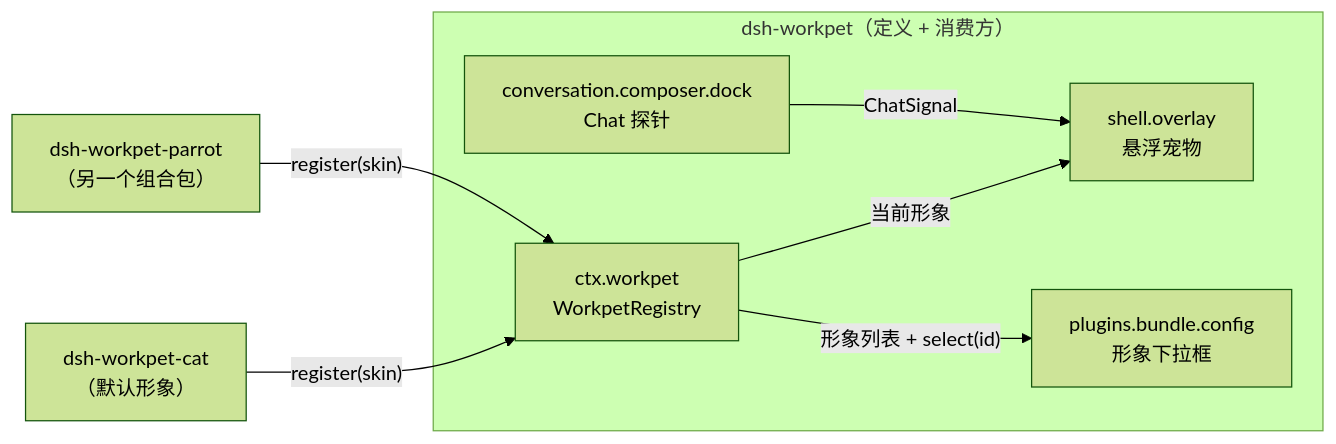
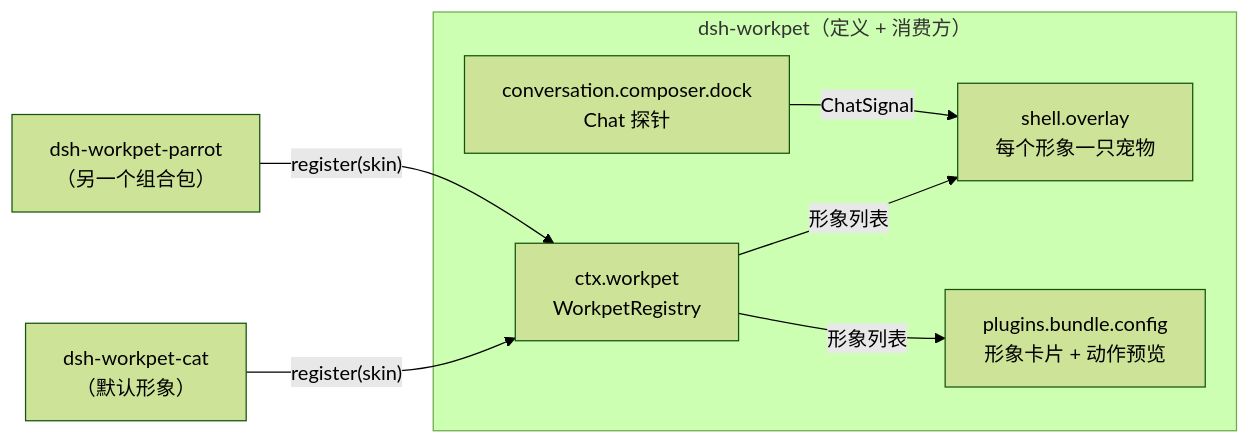
The diagram in docs/architecture.zh.md (lastorder/dsh-workpet), drawn with Mermaid (forest theme) before and after one commit. The commit also changed other lines of this file and 39 other files, not shown here.

````diff
--- a/docs/architecture.zh.md
+++ b/docs/architecture.zh.md
@@ -31,14 +31,14 @@
 ```mermaid
 flowchart LR
   subgraph def["dsh-workpet（定义 + 消费方）"]
     R["ctx.workpet<br/>WorkpetRegistry"]
-    O["shell.overlay<br/>悬浮宠物"]
+    O["shell.overlay<br/>每个形象一只宠物"]
     PR["conversation.composer.dock<br/>Chat 探针"]
-    CP["plugins.bundle.config<br/>形象下拉框"]
+    CP["plugins.bundle.config<br/>形象卡片 + 动作预览"]
   end
   CAT["dsh-workpet-cat<br/>（默认形象）"] -- "register(skin)" --> R
   PAR["dsh-workpet-parrot<br/>（另一个组合包）"] -- "register(skin)" --> R
-  R -- "当前形象" --> O
-  R -- "形象列表 + select(id)" --> CP
+  R -- "形象列表" --> O
+  R -- "形象列表" --> CP
   PR -- "ChatSignal" --> O
 ```
````
